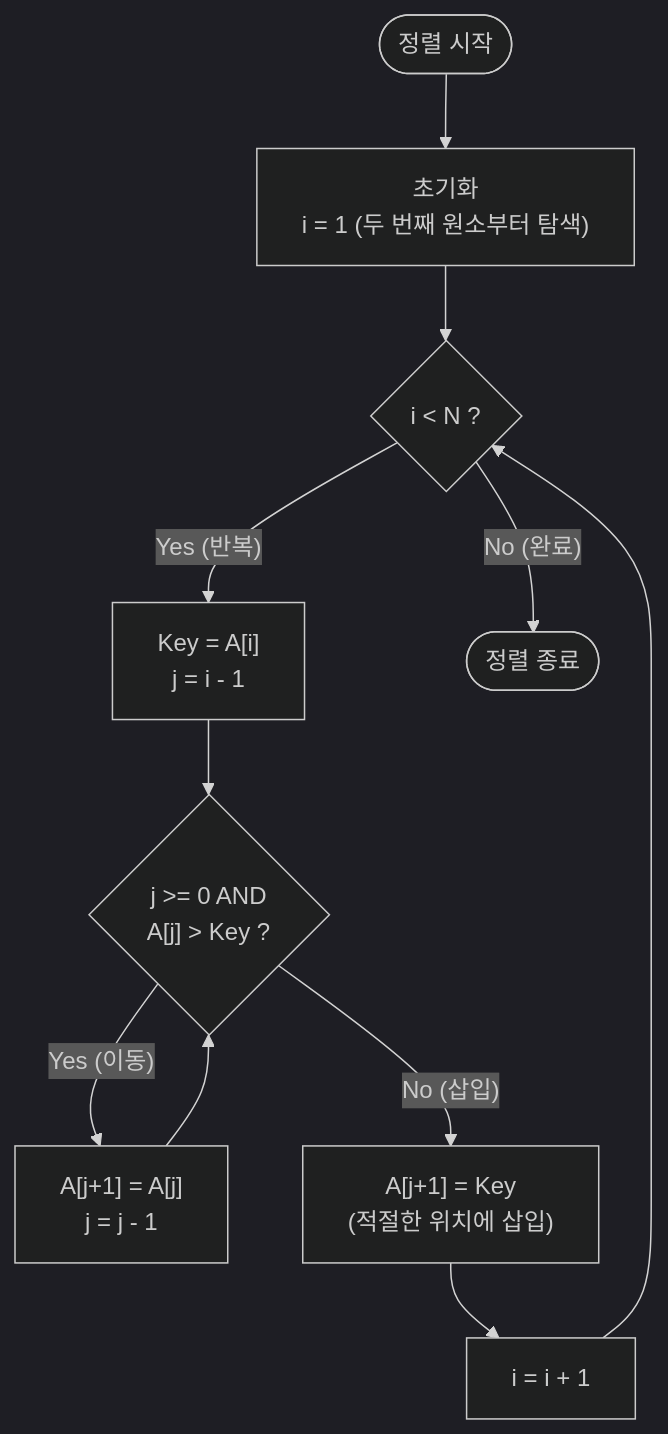
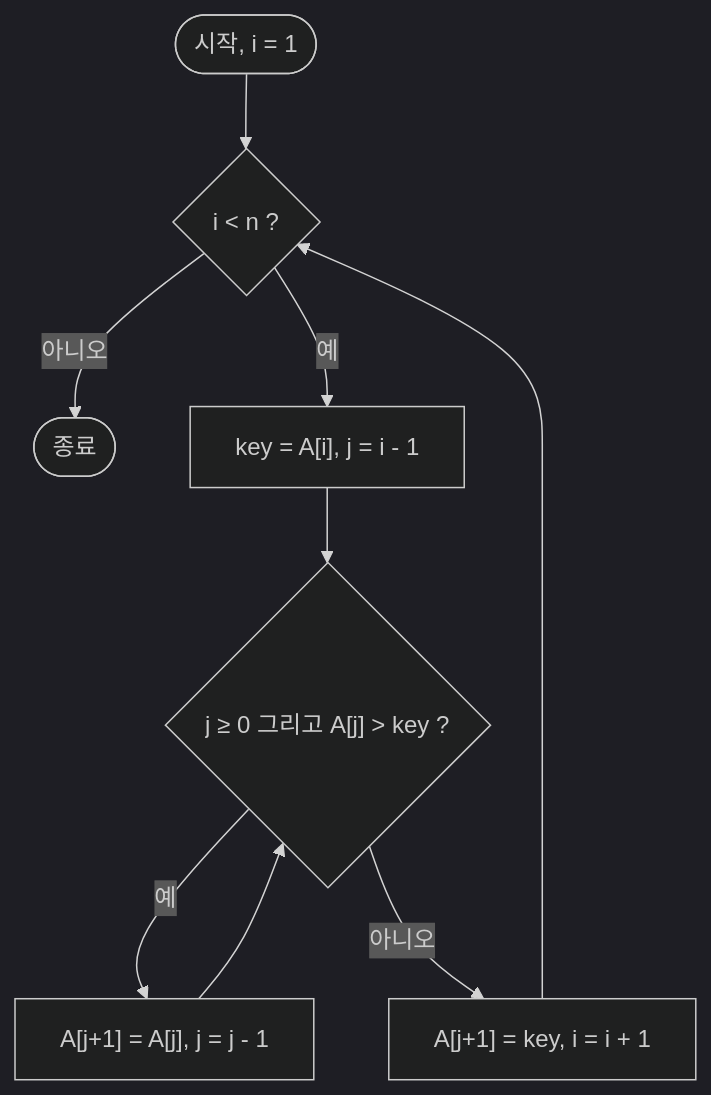
One commit to supremethumb/supremethumb.github.io changed the diagram in content/01_IT Tech/삽입 정렬.md. Above: the diagram before and after it, drawn with Mermaid (dark theme). The commit also changed other lines of this file and 1087 other files, not shown here.

````diff
--- a/content/01_IT Tech/삽입 정렬.md
+++ b/content/01_IT Tech/삽입 정렬.md
@@ -27,17 +34,9 @@
 ```mermaid
 flowchart TD
-    Start([정렬 시작]) --> Init["초기화<br/>i = 1 (두 번째 원소부터 탐색)"]
-    Init --> Cond_i{"i < N ?"}
-    Cond_i -- "Yes (반복)" --> SetKey["Key = A[i]<br/>j = i - 1"]
-    Cond_i -- "No (완료)" --> End([정렬 종료])
-    
-    SetKey --> Cond_j{"j >= 0 AND<br/>A[j] > Key ?"}
-    
-    Cond_j -- "Yes (이동)" --> Shift["A[j+1] = A[j]<br/>j = j - 1"]
-    Shift --> Cond_j
-    
-    Cond_j -- "No (삽입)" --> Insert["A[j+1] = Key<br/>(적절한 위치에 삽입)"]
-    Insert --> Inc["i = i + 1"]
-    Inc --> Cond_i
-
+    S(["시작, i = 1"]) --> C1{"i < n ?"}
+    C1 -- "아니오" --> E(["종료"])
+    C1 -- "예" --> K["key = A[i], j = i - 1"]
+    K --> C2{"j ≥ 0 그리고 A[j] > key ?"}
+    C2 -- "예" --> SH["A[j+1] = A[j], j = j - 1"] --> C2
+    C2 -- "아니오" --> IN["A[j+1] = key, i = i + 1"] --> C1
 ```
````
